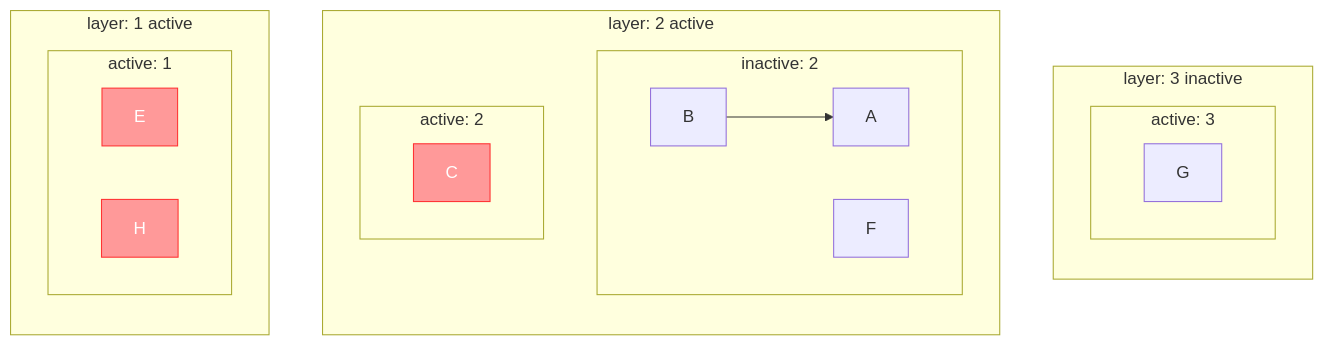
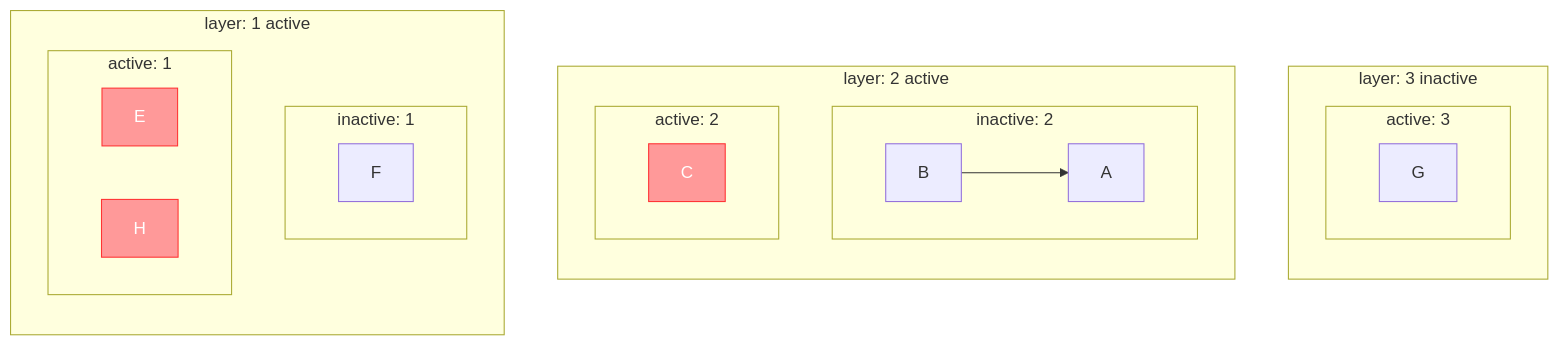
Before and after one commit to Frank-Steven/HoundWhiteboard: diagram 11 of 19 in src/core/components/orchestration/docs/tier-graph-example.md, drawn with Mermaid. The commit also changed other lines of this file and 13 other files, not shown here.

Commit message:
fix(aom): 修复对象被应用到静态图后层丢失的问题

````diff
--- a/src/core/components/orchestration/docs/tier-graph-example.md
+++ b/src/core/components/orchestration/docs/tier-graph-example.md
@@ -251,32 +257,34 @@
 ```mermaid
 graph BT
   B --> A
 
   style C fill:#ff9999,stroke:#ff3333,color:#fff
   style E fill:#ff9999,stroke:#ff3333,color:#fff
   style H fill:#ff9999,stroke:#ff3333,color:#fff
 
   subgraph "layer: 3 inactive"
     subgraph "active: 3"
       G
     end
   end
 
   subgraph "layer: 2 active"
     subgraph "inactive: 2"
       B
       A
-      F
     end
     subgraph "active: 2"
       C
     end
   end
 
   subgraph "layer: 1 active"
+    subgraph "inactive: 1"
+      F
+    end
     subgraph "active: 1"
       H
       E
     end
   end
 ```
````
